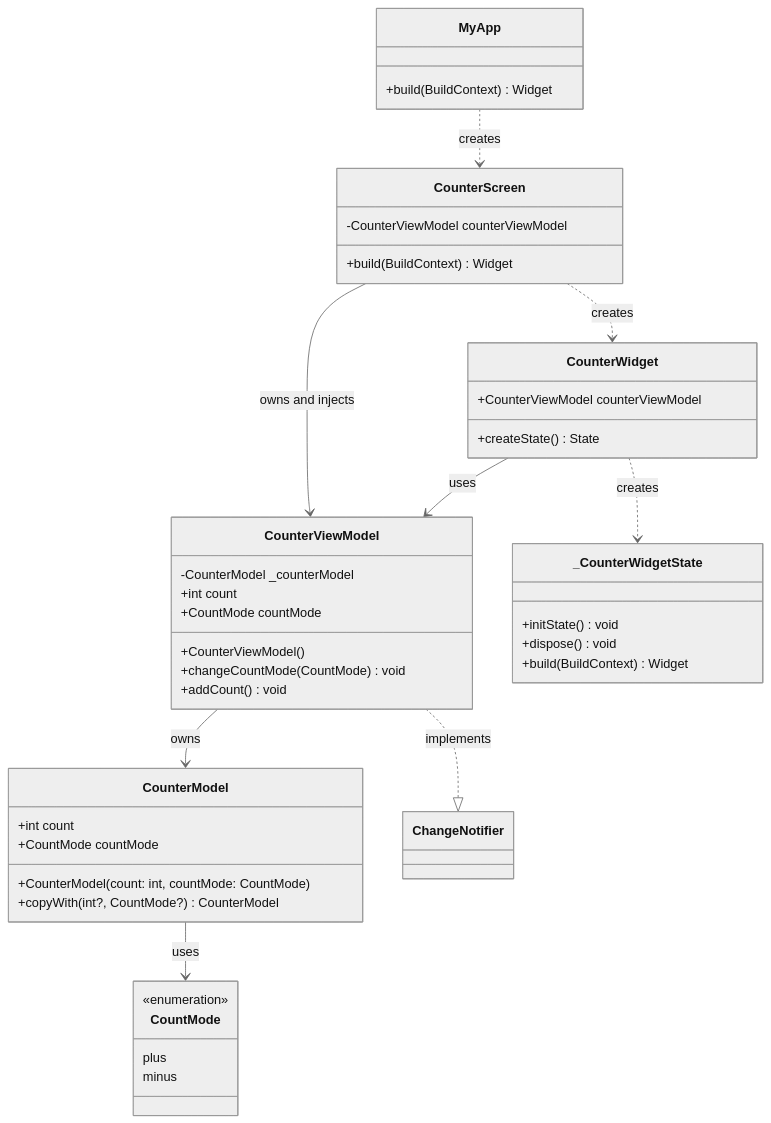
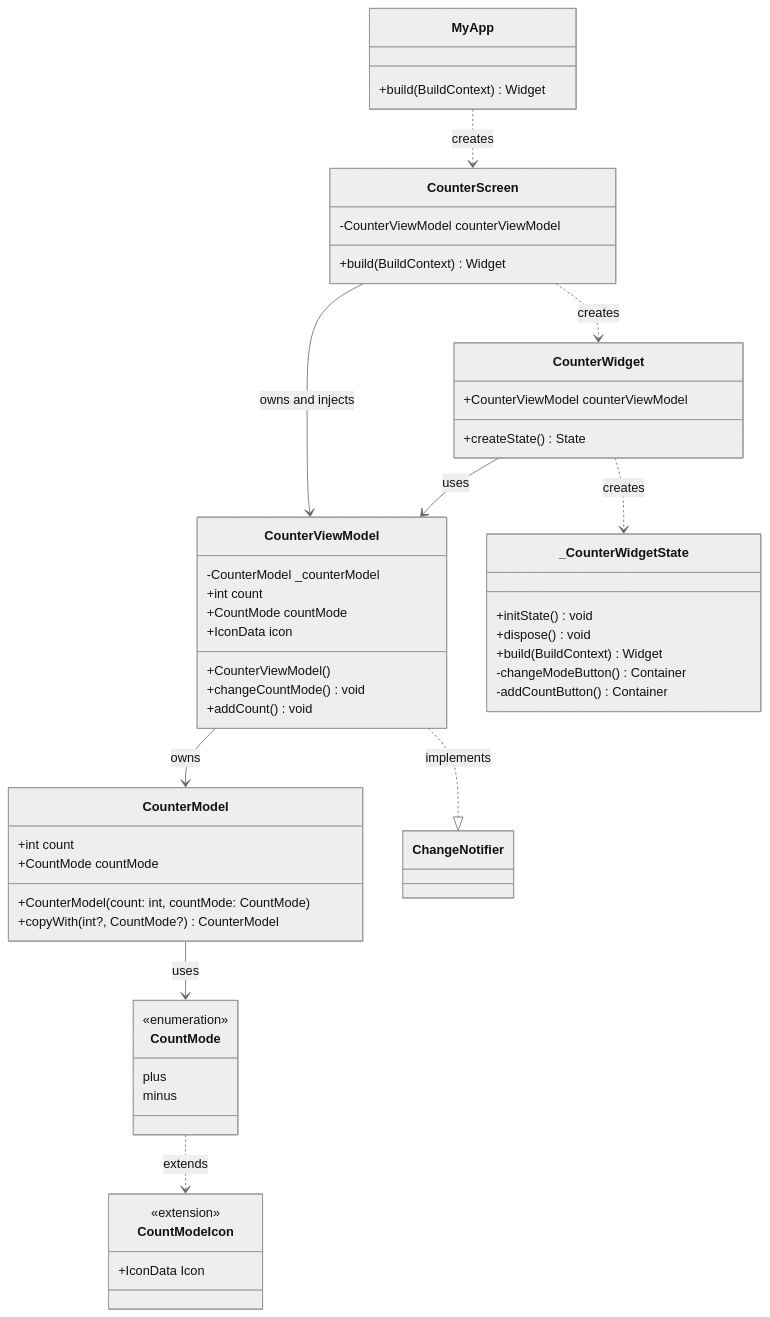
Before and after one commit to crisine/counter_mvvm: the diagram in README.md, drawn with Mermaid (neutral theme).

Commit message:
docs: README.md 내 클래스 다이어그램 갱신

````diff
--- a/README.md
+++ b/README.md
@@ -17,53 +17,62 @@
 ```mermaid
 classDiagram
     class MyApp {
         +build(BuildContext) Widget
     }
 
     class CounterScreen {
         -CounterViewModel counterViewModel
         +build(BuildContext) Widget
     }
     
     class CounterWidget {
         +CounterViewModel counterViewModel
         +createState() State
     }
     
     class _CounterWidgetState {
         +initState() void
         +dispose() void
         +build(BuildContext) Widget
+        -changeModeButton() Container
+        -addCountButton() Container
     }
     
     class CounterViewModel {
         -CounterModel _counterModel
         +int count
         +CountMode countMode
+        +IconData icon
         +CounterViewModel()
-        +changeCountMode(CountMode) void
+        +changeCountMode() void
         +addCount() void
     }
     
     class CounterModel {
         +int count
         +CountMode countMode
         +CounterModel(count: int, countMode: CountMode)
         +copyWith(int?, CountMode?) CounterModel
     }
     
     class CountMode {
         <<enumeration>>
         plus
         minus
     }
 
+    class CountModeIcon {
+        <<extension>>
+        +IconData Icon
+    }
+
     MyApp ..> CounterScreen : creates
     CounterScreen --> CounterViewModel : owns and injects
     CounterScreen ..> CounterWidget : creates
     CounterWidget --> CounterViewModel : uses
     CounterWidget ..> _CounterWidgetState : creates
     CounterViewModel --> CounterModel : owns
     CounterViewModel ..|> ChangeNotifier : implements
     CounterModel --> CountMode : uses
+    CountMode ..> CountModeIcon : extends
 ```
````
